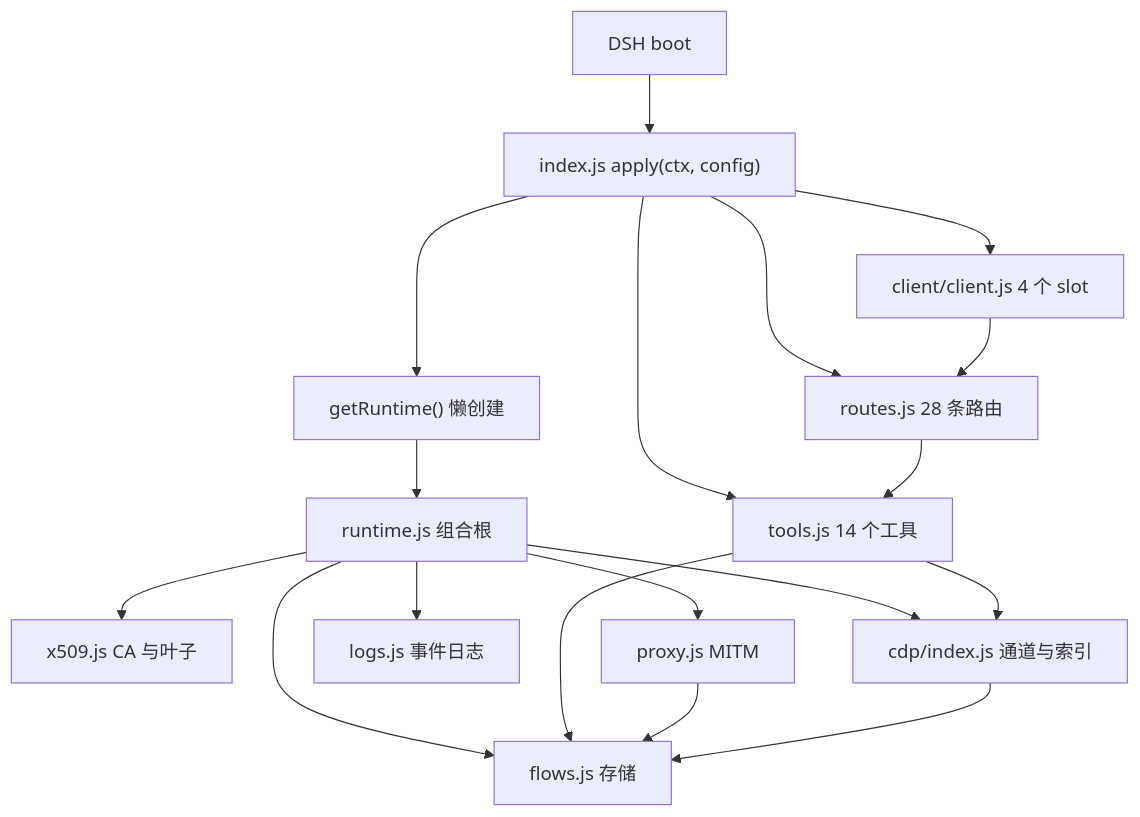
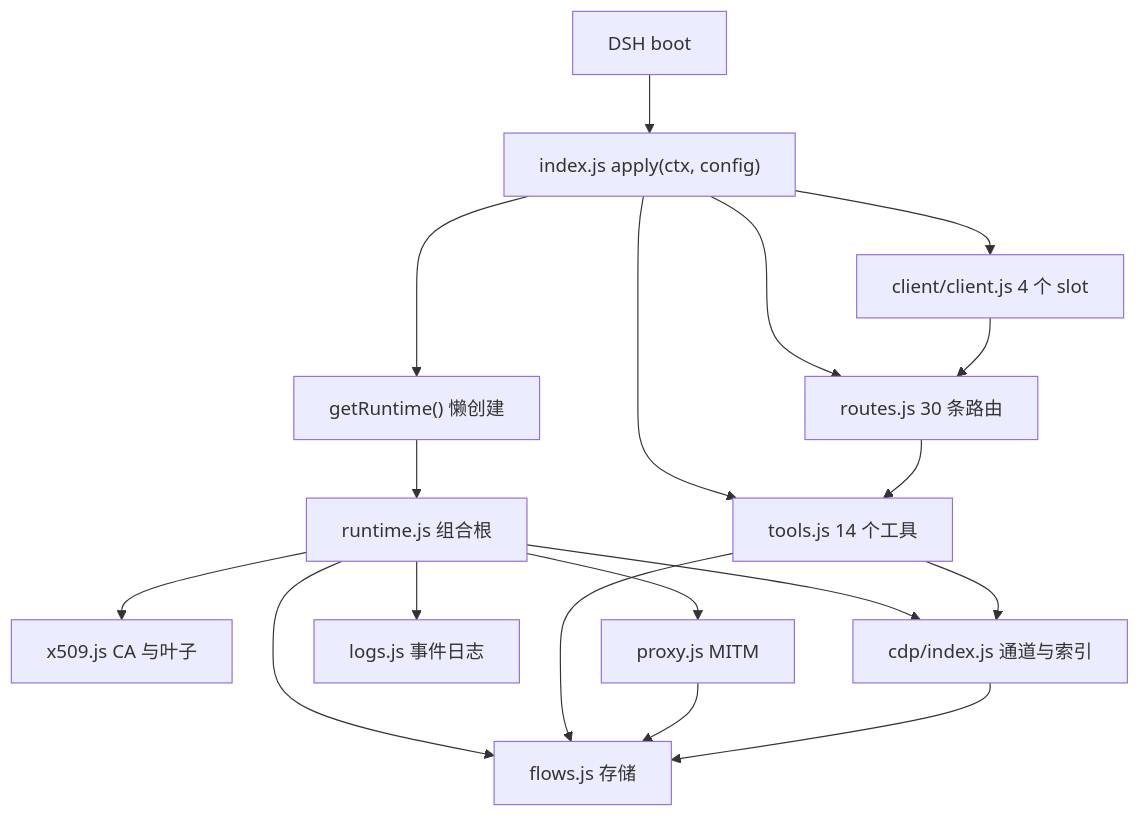
Before and after one commit to moyezq/dsh-flowspot: the first of 2 diagrams in docs/overview.md, drawn with Mermaid. The commit also changed other lines of this file and 12 other files, not shown here.

````diff
--- a/docs/overview.md
+++ b/docs/overview.md
@@ -47,20 +47,20 @@
 ```mermaid
 flowchart TD
   DSH[DSH boot] --> IDX["index.js apply(ctx, config)"]
   IDX --> L["getRuntime() 懒创建"]
   L --> RT["runtime.js 组合根"]
   RT --> X["x509.js CA 与叶子"]
   RT --> S["flows.js 存储"]
   RT --> P["proxy.js MITM"]
   RT --> G["logs.js 事件日志"]
   RT --> CDP["cdp/index.js 通道与索引"]
-  IDX --> R["routes.js 28 条路由"]
+  IDX --> R["routes.js 30 条路由"]
   IDX --> T["tools.js 14 个工具"]
   R --> T
   T --> S
   T --> CDP
   P --> S
   CDP --> S
   IDX --> C["client/client.js 4 个 slot"]
   C --> R
 ```
````
